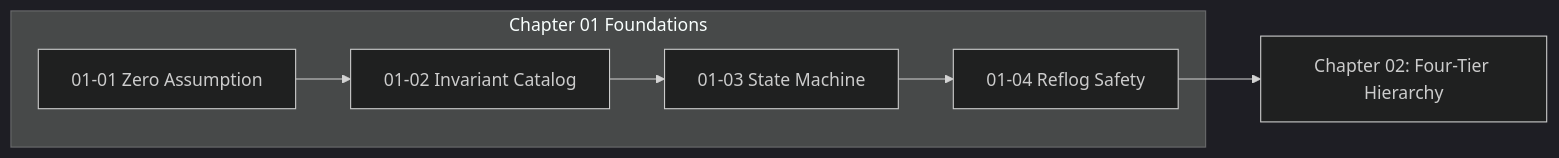
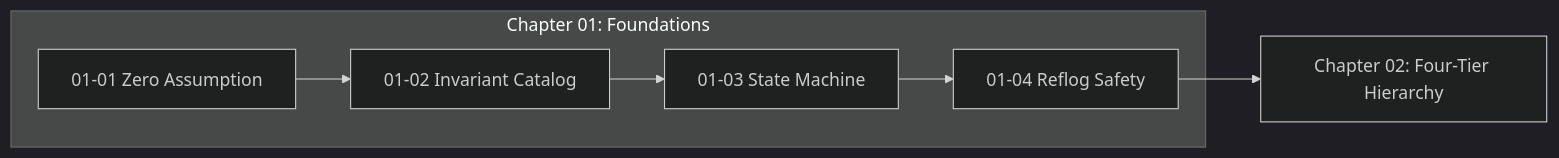
Before and after one commit to onurseckin/skills: the diagram in docs/olt/architecture/01-foundations/index.md, drawn with Mermaid (dark theme). The commit also changed other lines of this file and 163 other files, not shown here.

````diff
--- a/docs/olt/architecture/01-foundations/index.md
+++ b/docs/olt/architecture/01-foundations/index.md
@@ -81,9 +117,9 @@
 ```mermaid
 graph LR
-    subgraph "Chapter 01 Foundations"
-        A[01-01 Zero Assumption] --> B[01-02 Invariant Catalog]
-        B --> C[01-03 State Machine]
-        C --> D[01-04 Reflog Safety]
+    subgraph Chapter_01_Foundations ["Chapter 01: Foundations"]
+        A["01-01 Zero Assumption"] --> B["01-02 Invariant Catalog"]
+        B --> C["01-03 State Machine"]
+        C --> D["01-04 Reflog Safety"]
     end
     D --> E["Chapter 02: Four-Tier Hierarchy"]
 ```
````
